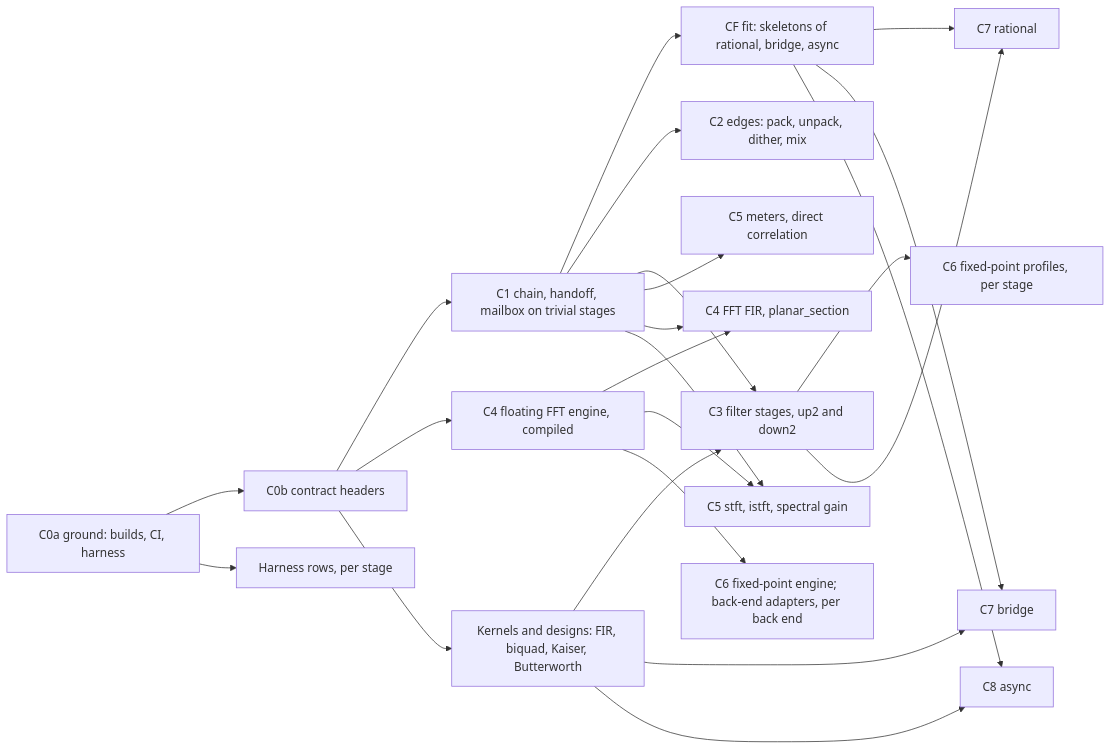
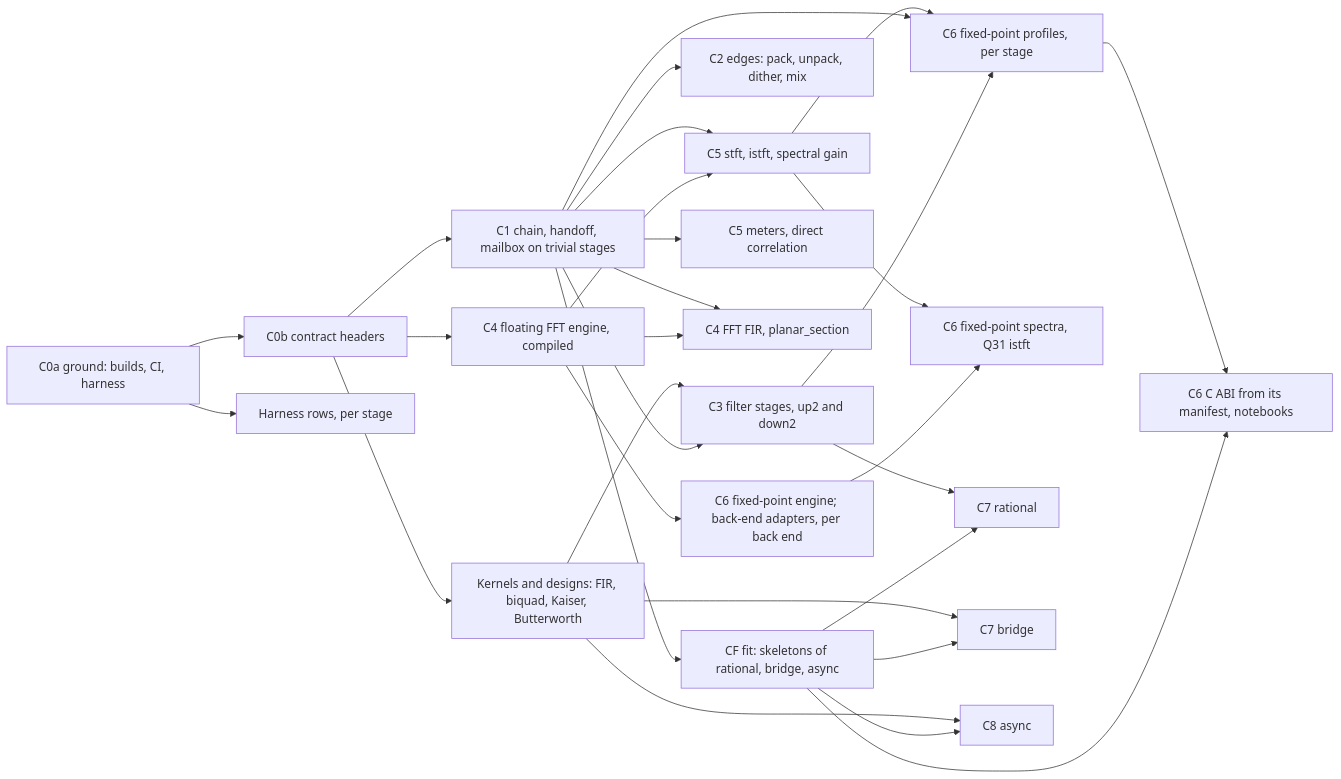
One commit to tap/catenae changed the diagram in PLAN.md. Above: the diagram before and after it, drawn with Mermaid. The commit also changed other lines of this file and 13 other files, not shown here.

````diff
--- a/PLAN.md
+++ b/PLAN.md
@@ -772,25 +1020,31 @@
 ```mermaid
 graph LR
     C0a[C0a ground: builds, CI, harness] --> C0b[C0b contract headers]
     C0b --> C1[C1 chain, handoff, mailbox on trivial stages]
     C0a --> H[Harness rows, per stage]
     C0b --> F[C4 floating FFT engine, compiled]
     C0b --> K[Kernels and designs: FIR, biquad, Kaiser, Butterworth]
     C1 --> CF[CF fit: skeletons of rational, bridge, async]
     C1 --> E[C2 edges: pack, unpack, dither, mix]
     C1 --> S[C3 filter stages, up2 and down2]
     K --> S
     C1 --> A[C5 meters, direct correlation]
     F --> B[C4 FFT FIR, planar_section]
     C1 --> B
     F --> T[C5 stft, istft, spectral gain]
     C1 --> T
     S --> Q[C6 fixed-point profiles, per stage]
+    C1 --> Q
+    T --> Q
     F --> X[C6 fixed-point engine; back-end adapters, per back end]
+    X --> XS[C6 fixed-point spectra, Q31 istft]
+    T --> XS
+    CF --> CA[C6 C ABI from its manifest, notebooks]
+    Q --> CA
     CF --> R[C7 rational]
     S --> R
     CF --> BR[C7 bridge]
     K --> BR
     CF --> AS[C8 async]
     K --> AS
 ```
````
